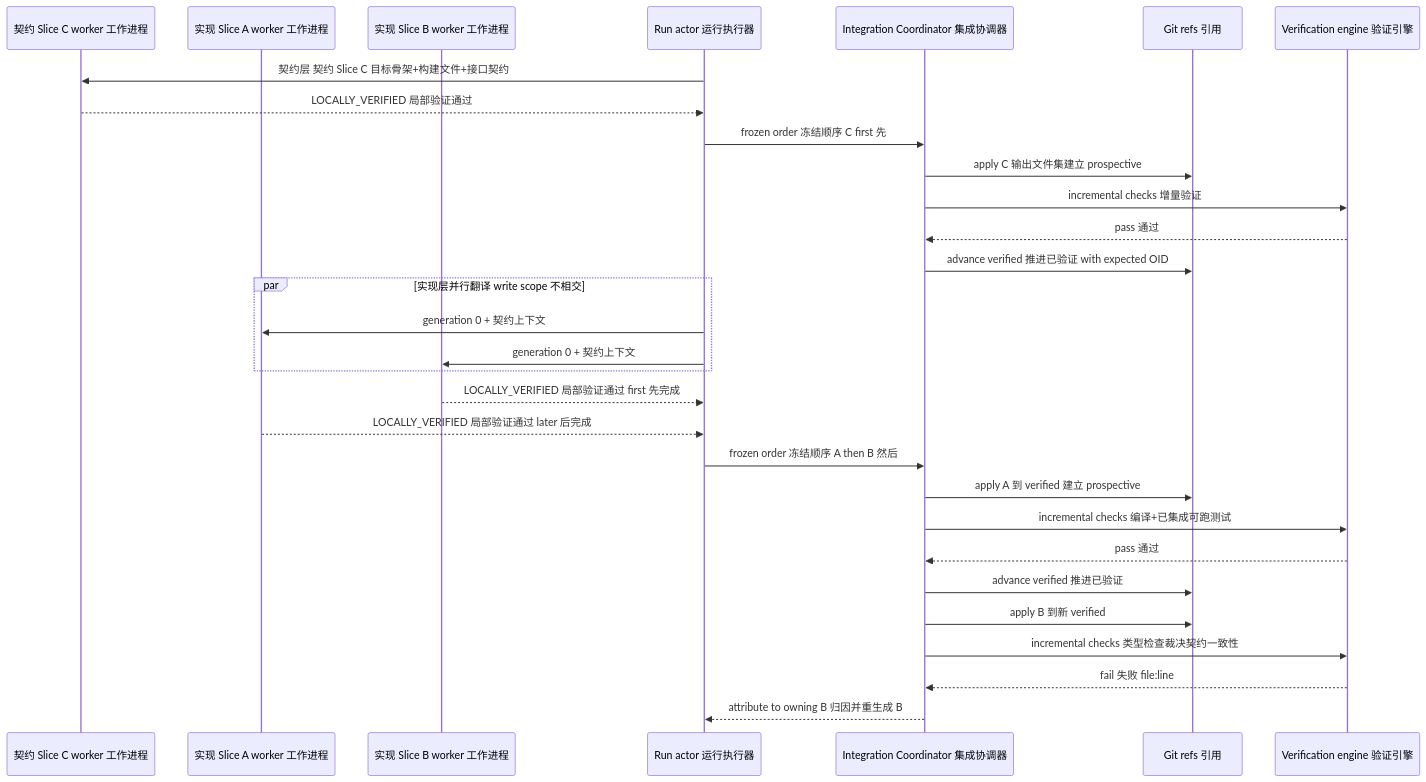
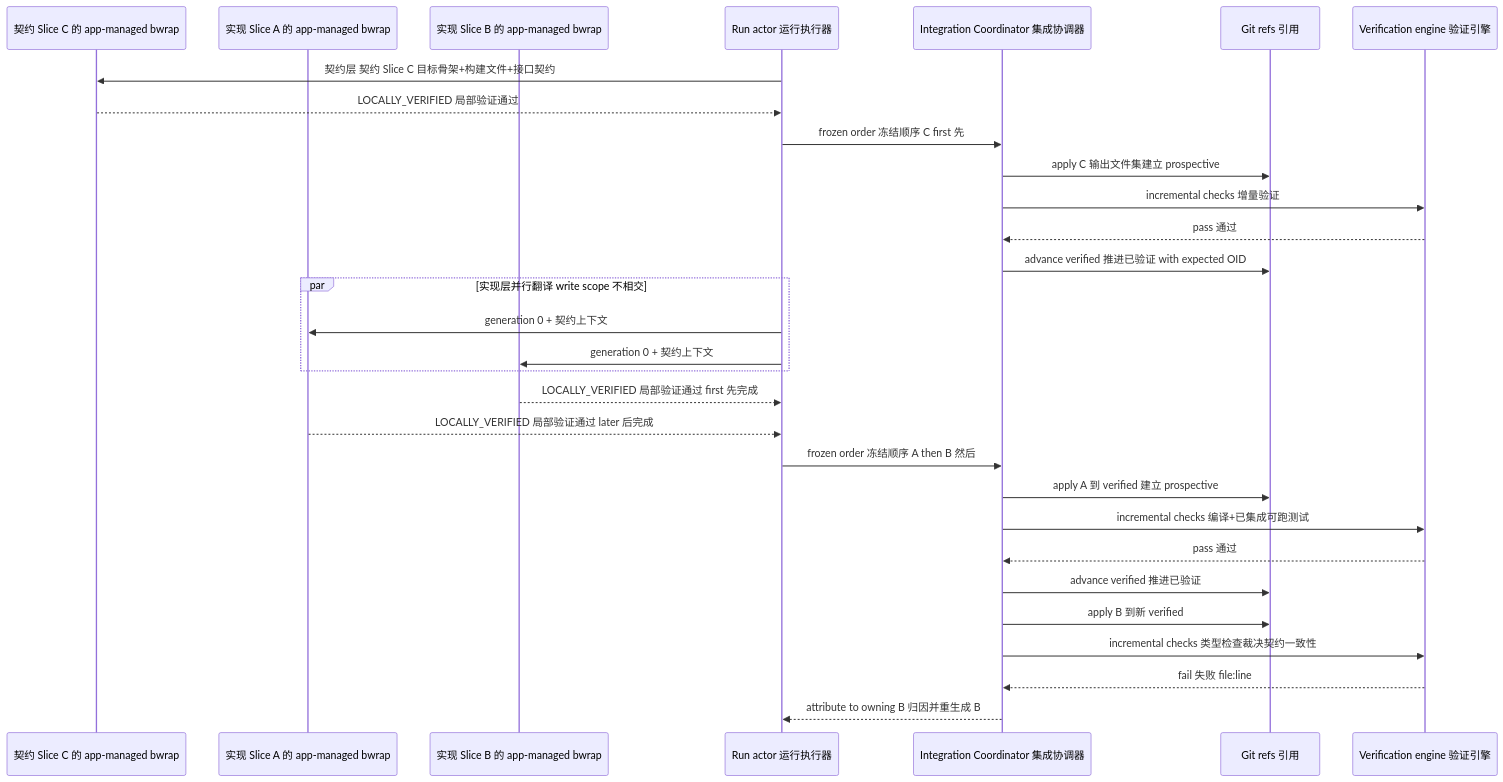
One commit to LT0X/CodeMigrator changed the second of 3 diagrams in my_space/codemigrator_design_doc/architecture_module_design/CodeMigrator_垂类设计原则与架构哲学.md. Above: the diagram before and after it, drawn with Mermaid. The commit also changed other lines of this file and 55 other files, not shown here.

````diff
--- a/my_space/codemigrator_design_doc/architecture_module_design/CodeMigrator_垂类设计原则与架构哲学.md
+++ b/my_space/codemigrator_design_doc/architecture_module_design/CodeMigrator_垂类设计原则与架构哲学.md
@@ -518,33 +773,33 @@
 ```mermaid
 sequenceDiagram
-    participant WC as 契约 Slice C worker 工作进程
-    participant WA as 实现 Slice A worker 工作进程
-    participant WB as 实现 Slice B worker 工作进程
+    participant WC as 契约 Slice C 的 app-managed bwrap
+    participant WA as 实现 Slice A 的 app-managed bwrap
+    participant WB as 实现 Slice B 的 app-managed bwrap
     participant R as Run actor 运行执行器
     participant I as Integration Coordinator 集成协调器
     participant G as Git refs 引用
     participant V as Verification engine 验证引擎
 
     R->>WC: 契约层 契约 Slice C 目标骨架+构建文件+接口契约
     WC-->>R: LOCALLY_VERIFIED 局部验证通过
     R->>I: frozen order 冻结顺序 C first 先
     I->>G: apply C 输出文件集建立 prospective
     I->>V: incremental checks 增量验证
     V-->>I: pass 通过
     I->>G: advance verified 推进已验证 with expected OID
     par 实现层并行翻译 write scope 不相交
         R->>WA: generation 0 + 契约上下文
         R->>WB: generation 0 + 契约上下文
     end
     WB-->>R: LOCALLY_VERIFIED 局部验证通过 first 先完成
     WA-->>R: LOCALLY_VERIFIED 局部验证通过 later 后完成
     R->>I: frozen order 冻结顺序 A then B 然后
     I->>G: apply A 到 verified 建立 prospective
     I->>V: incremental checks 编译+已集成可跑测试
     V-->>I: pass 通过
     I->>G: advance verified 推进已验证
     I->>G: apply B 到新 verified
     I->>V: incremental checks 类型检查裁决契约一致性
     V-->>I: fail 失败 file:line
     I-->>R: attribute to owning B 归因并重生成 B
 ```
````
